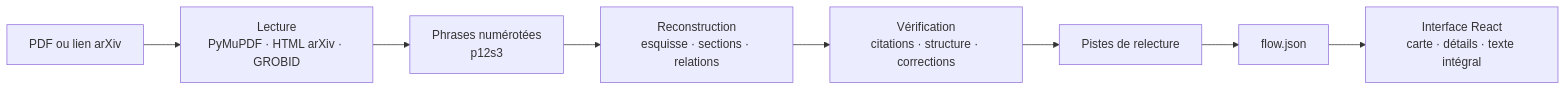
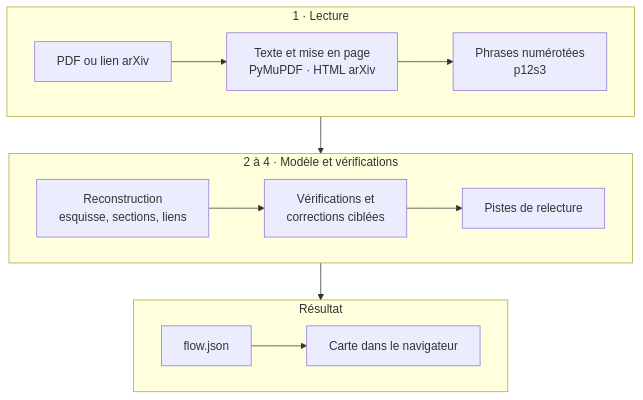
The diagram in README.fr.md (YEKESONG/Visual_Reasoning_Maps), drawn with Mermaid before and after one commit. The commit also changed 3 other files, not shown here.

First line of the commit message:
docs: fit the README pipeline diagram to the page width [S22d]

````diff
--- a/README.fr.md
+++ b/README.fr.md
@@ -117,10 +117,16 @@
 ```mermaid
-flowchart LR
-    A["PDF ou lien arXiv"] --> B["Lecture<br/>PyMuPDF · HTML arXiv · GROBID"]
-    B --> C["Phrases numérotées<br/>p12s3"]
-    C --> D["Reconstruction<br/>esquisse · sections · relations"]
-    D --> E["Vérification<br/>citations · structure · corrections"]
-    E --> F["Pistes de relecture"]
-    F --> G["flow.json"]
-    G --> H["Interface React<br/>carte · détails · texte intégral"]
+flowchart TB
+    subgraph S1["1 · Lecture"]
+        direction LR
+        A["PDF ou lien arXiv"] --> B["Texte et mise en page<br/>PyMuPDF · HTML arXiv"] --> C["Phrases numérotées<br/>p12s3"]
+    end
+    subgraph S2["2 à 4 · Modèle et vérifications"]
+        direction LR
+        D["Reconstruction<br/>esquisse, sections, liens"] --> E["Vérifications et<br/>corrections ciblées"] --> F["Pistes de relecture"]
+    end
+    subgraph S3["Résultat"]
+        direction LR
+        G["flow.json"] --> H["Carte dans le navigateur"]
+    end
+    S1 --> S2 --> S3
 ```
````
